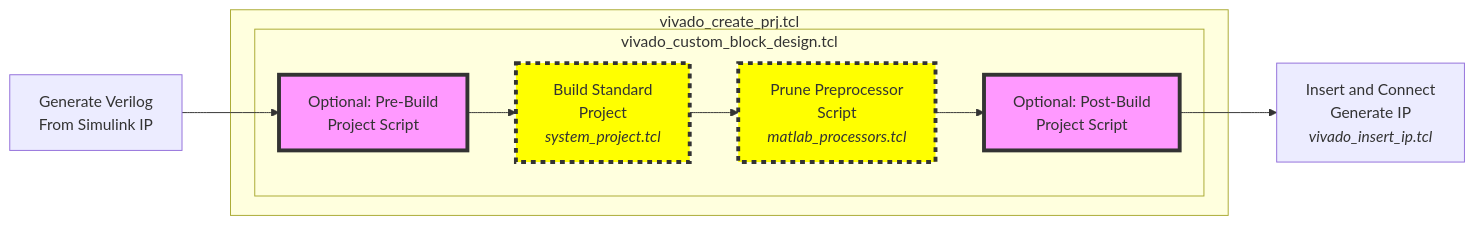
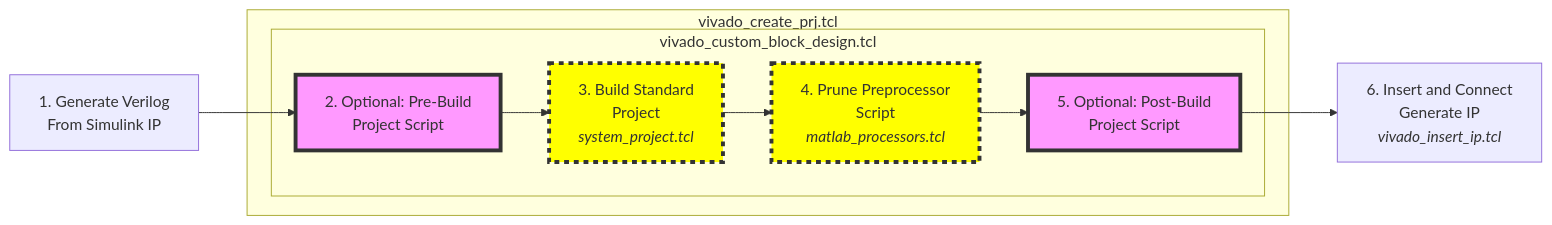
Before and after one commit to analogdevicesinc/TransceiverToolbox: the diagram in CI/gen_doc/docs/_pages/dev_hdl_workflow.md, drawn with Mermaid. The commit also changed other lines of this file and 2 other files, not shown here.

Commit message:
Extend HDL-Coder doc page to include more detail in Vivado perspective

````diff
--- a/CI/gen_doc/docs/_pages/dev_hdl_workflow.md
+++ b/CI/gen_doc/docs/_pages/dev_hdl_workflow.md
@@ -28,17 +28,17 @@
 ``` mermaid
 graph LR
-A[Generate Verilog<br/>From Simulink IP]-->B[Optional: Pre-Build</br>Project Script];
+A[1. Generate Verilog<br/>From Simulink IP]-->B[2. Optional: Pre-Build</br>Project Script];
 subgraph SS[vivado_create_prj.tcl]
 subgraph vivado_custom_block_design.tcl
-B --> C[Build Standard</br>Project</br><i>system_project.tcl</i>];
-C --> D[Prune Preprocessor</br>Script</br><i>matlab_processors.tcl</i>];
-D --> E[Optional: Post-Build</br>Project Script</br>];
+B --> C[3. Build Standard</br>Project</br><i>system_project.tcl</i>];
+C --> D[4. Prune Preprocessor</br>Script</br><i>matlab_processors.tcl</i>];
+D --> E[5. Optional: Post-Build</br>Project Script</br>];
 end
 end
-E --> F[Insert and Connect</br>Generate IP</br><i>vivado_insert_ip.tcl</i>];
+E --> F[6. Insert and Connect</br>Generate IP</br><i>vivado_insert_ip.tcl</i>];
 
 style B fill:#f9f,stroke:#333,stroke-width:4px
 style E fill:#f9f,stroke:#333,stroke-width:4px
 style C fill:#FF0,stroke:#333,stroke-width:4px,stroke-dasharray: 5 5
 style D fill:#FF0,stroke:#333,stroke-width:4px,stroke-dasharray: 5 5
 ```
````
